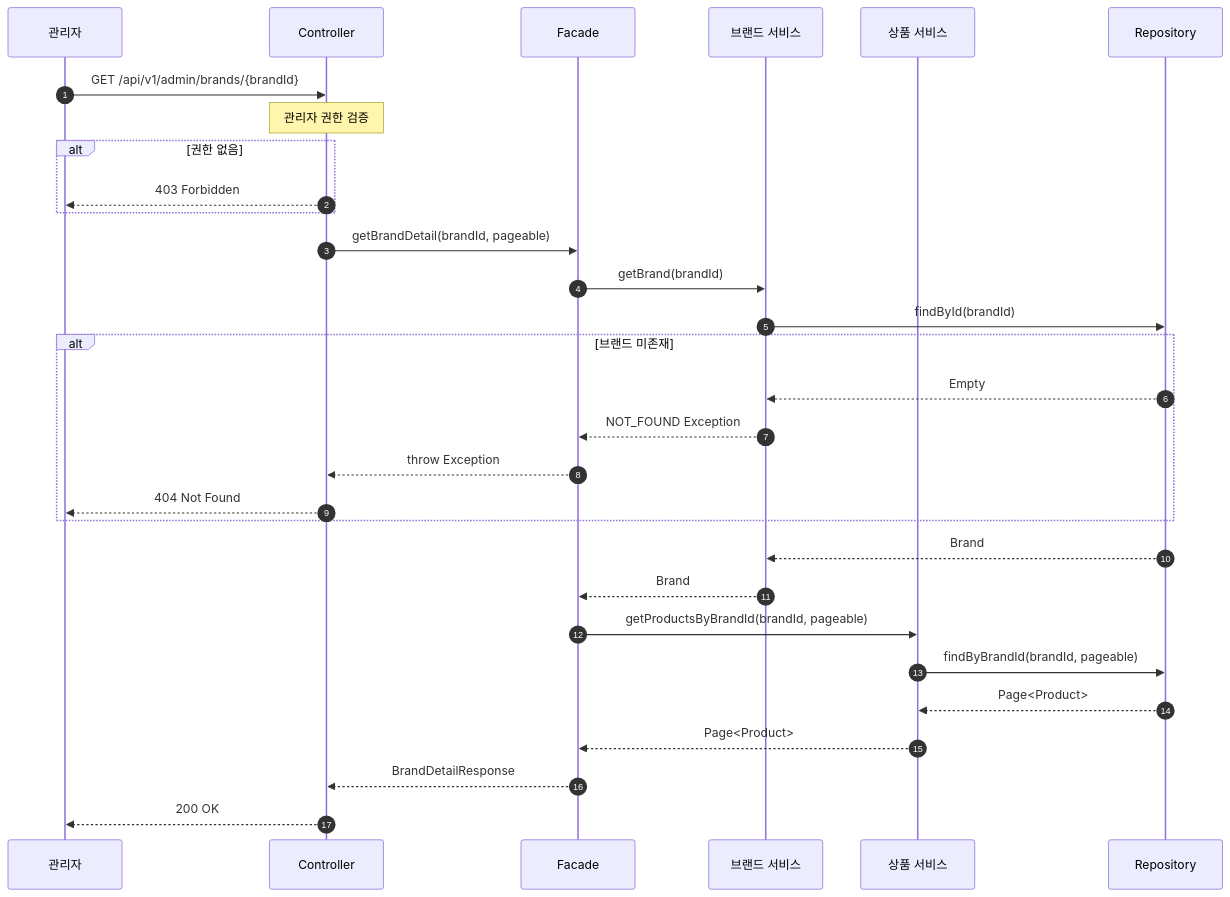
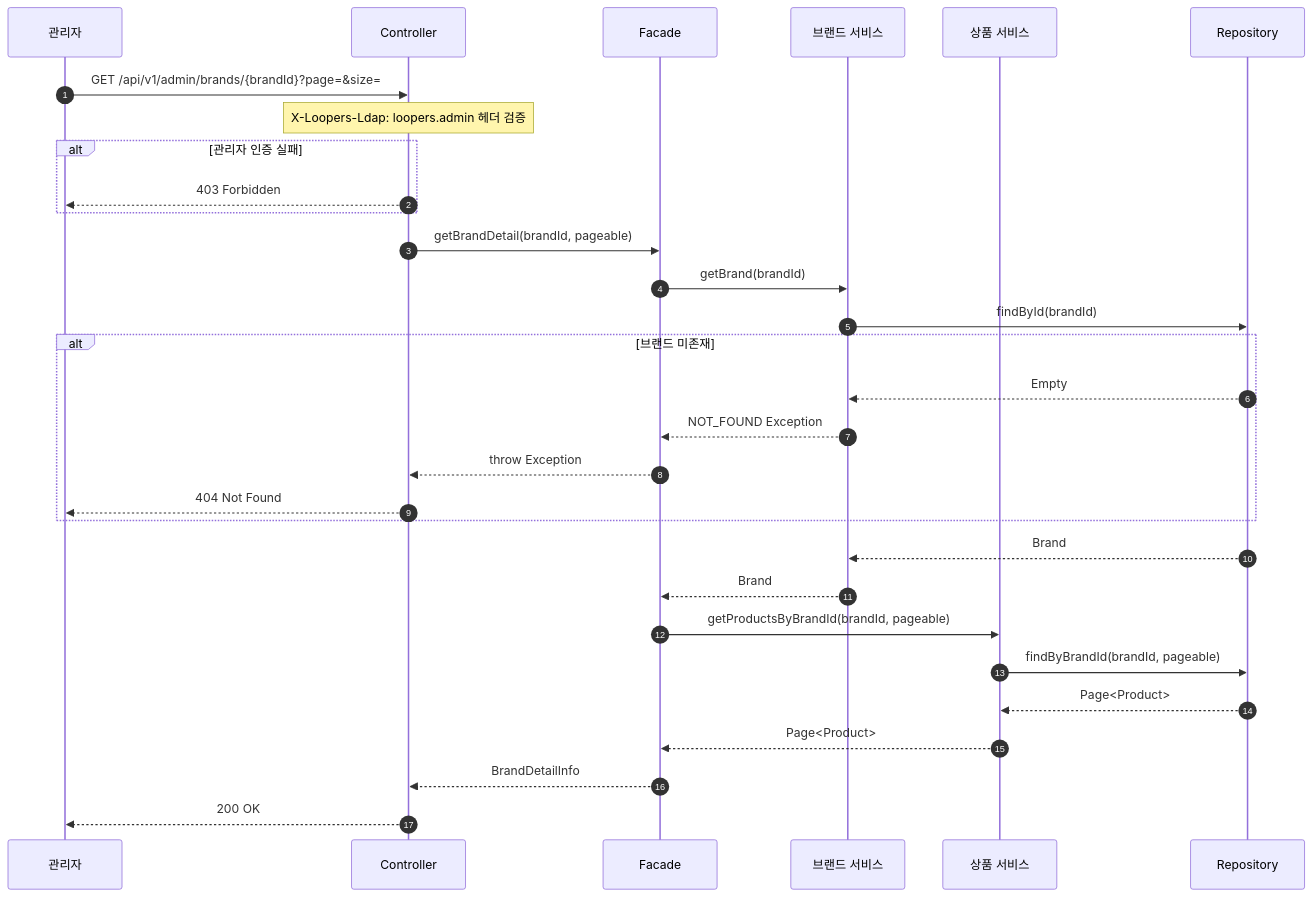
Before and after one commit to letter333/loop-pack-be-l2-vol3-java: the fifth of 18 diagrams in docs/design/02-sequence-diagram.md, drawn with Mermaid. The commit also changed other lines of this file and 4 other files, not shown here.

````diff
--- a/docs/design/02-sequence-diagram.md
+++ b/docs/design/02-sequence-diagram.md
@@ -147,37 +155,37 @@
 ```mermaid
 sequenceDiagram
     autonumber
     participant Admin as 관리자
     participant Controller
     participant Facade
     participant BrandService as 브랜드 서비스
     participant ProductService as 상품 서비스
     participant Repository
 
-    Admin->>Controller: GET /api/v1/admin/brands/{brandId}
-    Note over Controller: 관리자 권한 검증
+    Admin->>Controller: GET /api/v1/admin/brands/{brandId}?page=&size=
+    Note over Controller: X-Loopers-Ldap: loopers.admin 헤더 검증
 
-    alt 권한 없음
+    alt 관리자 인증 실패
         Controller-->>Admin: 403 Forbidden
     end
 
     Controller->>Facade: getBrandDetail(brandId, pageable)
     Facade->>BrandService: getBrand(brandId)
     BrandService->>Repository: findById(brandId)
 
     alt 브랜드 미존재
         Repository-->>BrandService: Empty
         BrandService-->>Facade: NOT_FOUND Exception
         Facade-->>Controller: throw Exception
         Controller-->>Admin: 404 Not Found
     end
 
     Repository-->>BrandService: Brand
     BrandService-->>Facade: Brand
     Facade->>ProductService: getProductsByBrandId(brandId, pageable)
     ProductService->>Repository: findByBrandId(brandId, pageable)
     Repository-->>ProductService: Page<Product>
     ProductService-->>Facade: Page<Product>
-    Facade-->>Controller: BrandDetailResponse
+    Facade-->>Controller: BrandDetailInfo
     Controller-->>Admin: 200 OK
 ```
````
